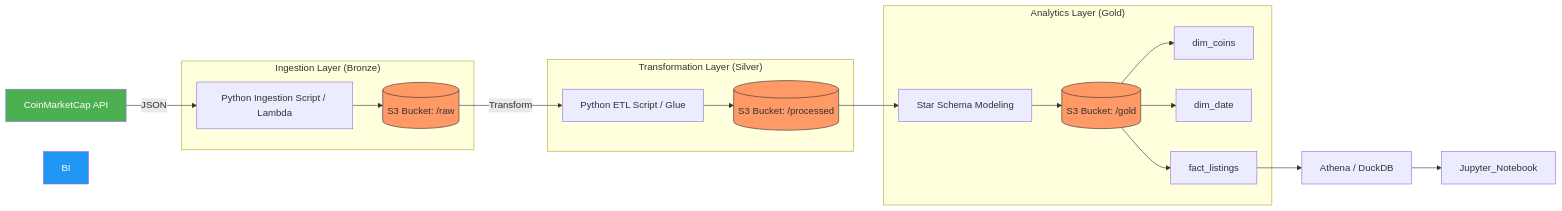
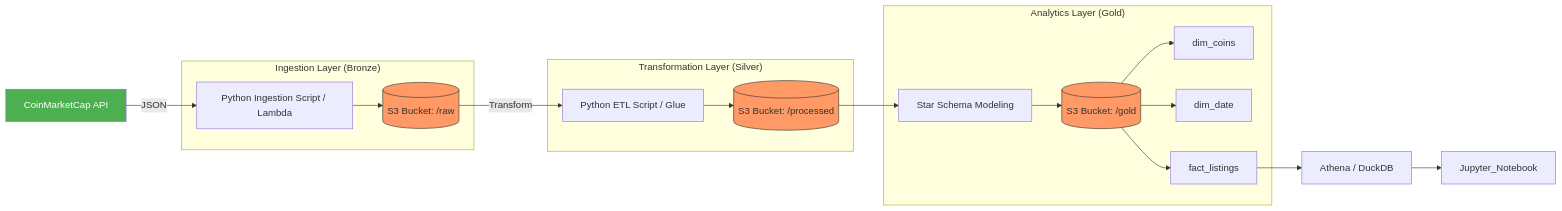
One commit to harrold-mussa/marketcap-crypto-analysis changed the diagram in README.md. Above: the diagram before and after it, drawn with Mermaid.

````diff
--- a/README.md
+++ b/README.md
@@ -7,45 +7,44 @@
 ```mermaid
 graph LR
     %% Source
     API[CoinMarketCap API]
 
     subgraph "Ingestion Layer (Bronze)"
         Lambda[Python Ingestion Script / Lambda]
         S3_RAW[(S3 Bucket: /raw)]
     end
 
     subgraph "Transformation Layer (Silver)"
         Glue[Python ETL Script / Glue]
         S3_PROCESSED[(S3 Bucket: /processed)]
     end
 
     subgraph "Analytics Layer (Gold)"
         Modeling[Star Schema Modeling]
         S3_GOLD[(S3 Bucket: /gold)]
         DIM_C[dim_coins]
         DIM_D[dim_date]
         FACT[fact_listings]
     end
 
     %% Flow
     API -->|JSON| Lambda
     Lambda --> S3_RAW
     S3_RAW -->|Transform| Glue
     Glue --> S3_PROCESSED
     S3_PROCESSED --> Modeling
     Modeling --> S3_GOLD
     S3_GOLD --> DIM_C
     S3_GOLD --> DIM_D
     S3_GOLD --> FACT
 
     %% Final Consumption
     FACT --> ATHENA[Athena / DuckDB]
     ATHENA --> Jupyter_Notebook
 
     %% Styling
     style S3_RAW fill:#f96,stroke:#333
     style S3_PROCESSED fill:#f96,stroke:#333
     style S3_GOLD fill:#f96,stroke:#333
     style API fill:#4CAF50,color:#fff
-    style BI fill:#2196F3,color:#fff
 ```
````
